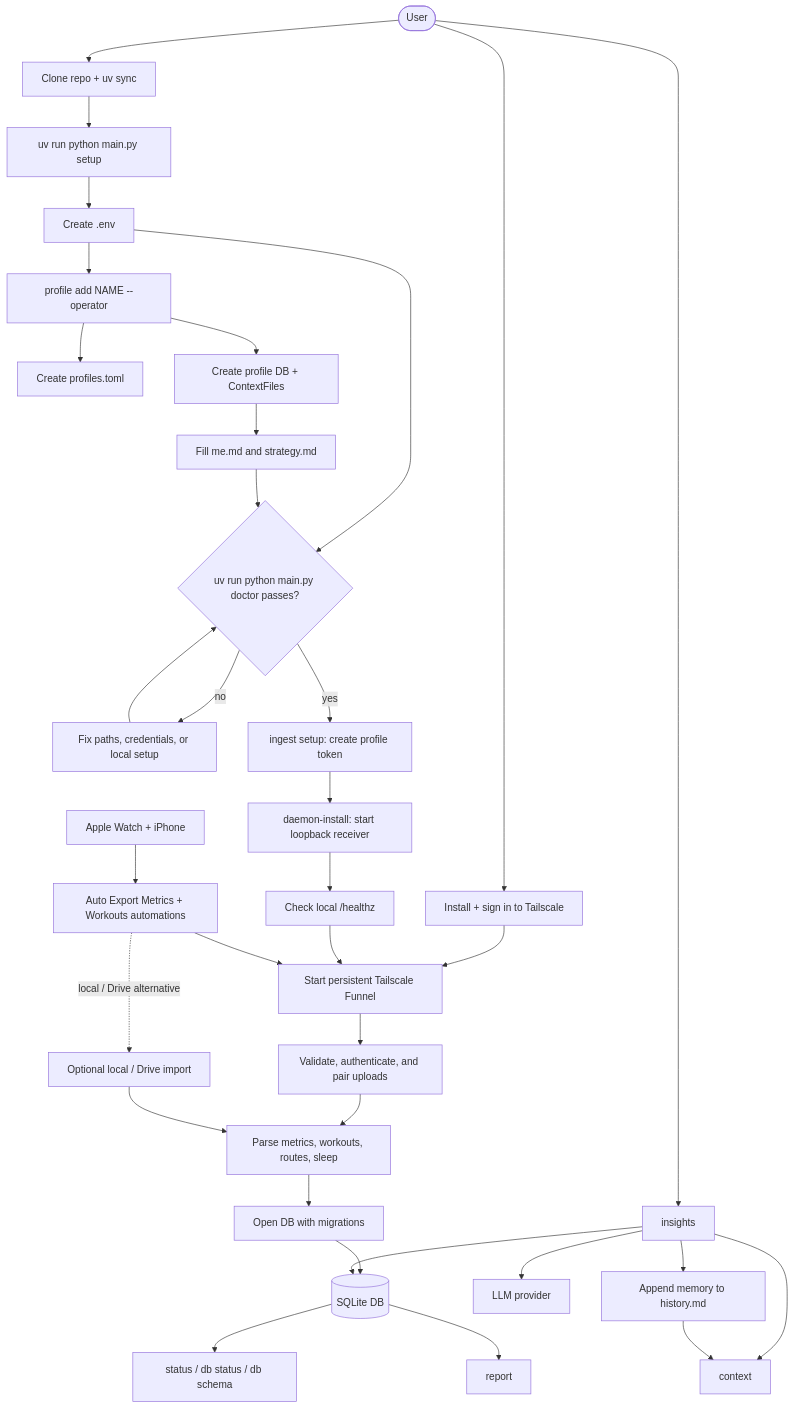
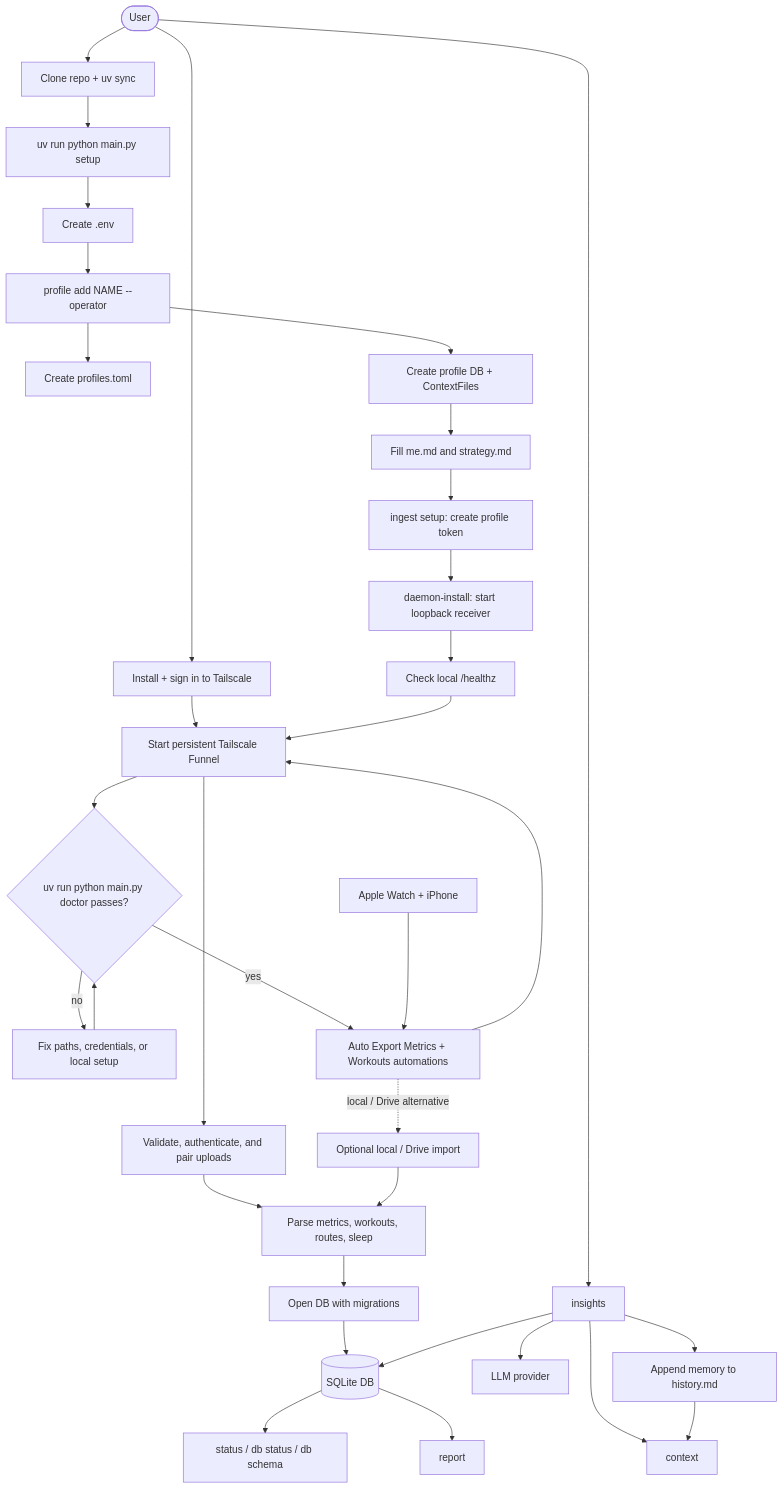
One commit to Alchemication/zdrowskit changed the third of 8 diagrams in docs/user-flow.md. Above: the diagram before and after it, drawn with Mermaid. The commit also changed other lines of this file and 22 other files, not shown here.

````diff
--- a/docs/user-flow.md
+++ b/docs/user-flow.md
@@ -105,64 +105,64 @@
 ```mermaid
 flowchart TD
     user([User])
     clone["Clone repo + uv sync"]
     setup["uv run python main.py setup"]
     env["Create .env"]
     addProfile["profile add NAME --operator"]
     roster["Create profiles.toml"]
     tree["Create profile DB + ContextFiles"]
     editContext["Fill me.md and strategy.md"]
     tailscale["Install + sign in to Tailscale"]
     doctor{"uv run python main.py doctor passes?"}
     fixConfig["Fix paths, credentials, or local setup"]
     ingestSetup["ingest setup: create profile token"]
     daemonInstall["daemon-install: start loopback receiver"]
     localHealth["Check local /healthz"]
     funnel["Start persistent Tailscale Funnel"]
     apple["Apple Watch + iPhone"]
     autoExport["Auto Export Metrics + Workouts automations"]
     receiver["Validate, authenticate, and pair uploads"]
     cloudImport["Optional local / Drive import"]
     parse["Parse metrics, workouts, routes, sleep"]
     migrate["Open DB with migrations"]
     db[(SQLite DB)]
     status["status / db status / db schema"]
     report["report"]
     insights["insights"]
     llm["LLM provider"]
     memory["Append memory to history.md"]
 
     user --> clone
     clone --> setup
     setup --> env
     user --> tailscale
     env --> addProfile
     addProfile --> roster
     addProfile --> tree
     tree --> editContext
-    env --> doctor
-    editContext --> doctor
-    doctor -- no --> fixConfig
-    fixConfig --> doctor
-    doctor -- yes --> ingestSetup
+    editContext --> ingestSetup
     ingestSetup --> daemonInstall
     daemonInstall --> localHealth
     tailscale --> funnel
     localHealth --> funnel
+    funnel --> doctor
+    doctor -- no --> fixConfig
+    fixConfig --> doctor
+    doctor -- yes --> autoExport
     apple --> autoExport
     autoExport --> funnel
     funnel --> receiver
     receiver --> parse
     autoExport -. local / Drive alternative .-> cloudImport
     cloudImport --> parse
     parse --> migrate
     migrate --> db
     db --> status
     db --> report
     user --> insights
     insights --> db
     insights --> context
     insights --> llm
     insights --> memory
     memory --> context
 ```
````
